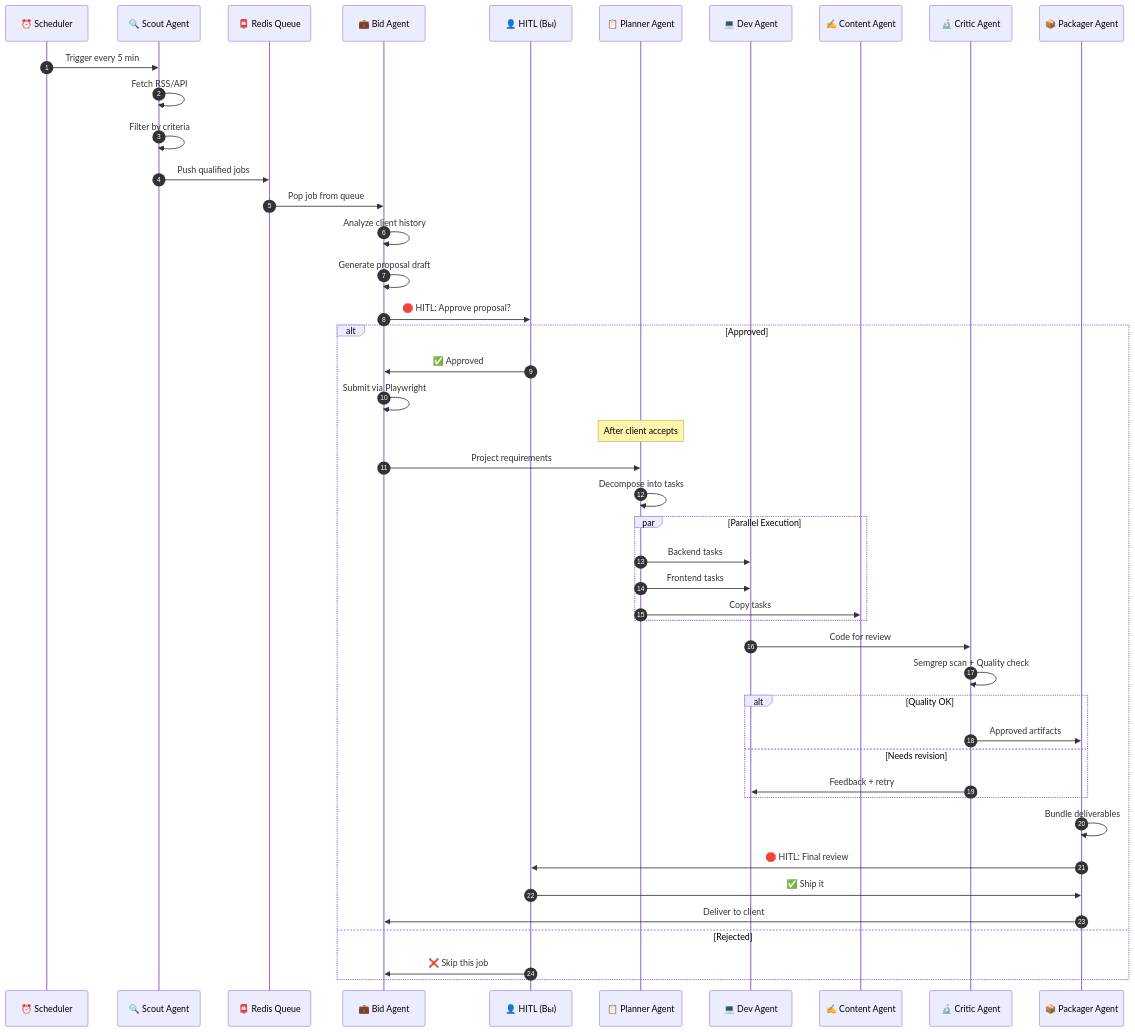
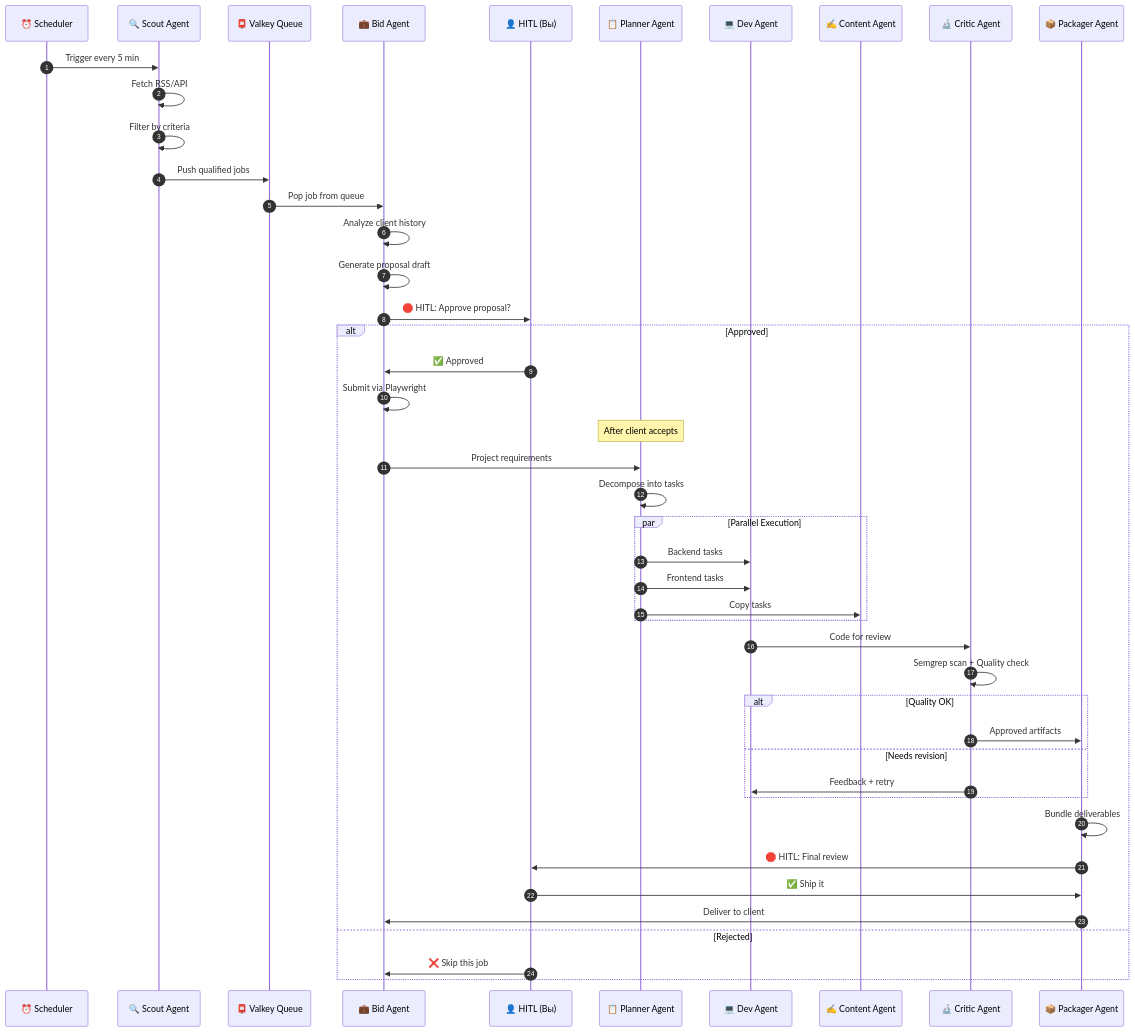
Before and after one commit to laminariia/multi-agent-system: the third of 8 diagrams in technical_implementation_guide.md, drawn with Mermaid. The commit also changed other lines of this file and 137 other files, not shown here.

````diff
--- a/technical_implementation_guide.md
+++ b/technical_implementation_guide.md
@@ -114,55 +114,55 @@
 ```mermaid
 sequenceDiagram
     autonumber
     participant Scheduler as ⏰ Scheduler
     participant Scout as 🔍 Scout Agent
-    participant Redis as 📮 Redis Queue
+    participant Redis as 📮 Valkey Queue
     participant Bid as 💼 Bid Agent
     participant Human as 👤 HITL (Вы)
     participant Planner as 📋 Planner Agent
     participant Dev as 💻 Dev Agent
     participant Content as ✍️ Content Agent
     participant Critic as 🔬 Critic Agent
     participant Packager as 📦 Packager Agent
     
     Scheduler->>Scout: Trigger every 5 min
     Scout->>Scout: Fetch RSS/API
     Scout->>Scout: Filter by criteria
     Scout->>Redis: Push qualified jobs
     
     Redis->>Bid: Pop job from queue
     Bid->>Bid: Analyze client history
     Bid->>Bid: Generate proposal draft
     Bid->>Human: 🛑 HITL: Approve proposal?
     
     alt Approved
         Human->>Bid: ✅ Approved
         Bid->>Bid: Submit via Playwright
         
         Note over Planner: After client accepts
         Bid->>Planner: Project requirements
         Planner->>Planner: Decompose into tasks
         
         par Parallel Execution
             Planner->>Dev: Backend tasks
             Planner->>Dev: Frontend tasks
             Planner->>Content: Copy tasks
         end
         
         Dev->>Critic: Code for review
         Critic->>Critic: Semgrep scan + Quality check
         
         alt Quality OK
             Critic->>Packager: Approved artifacts
         else Needs revision
             Critic->>Dev: Feedback + retry
         end
         
         Packager->>Packager: Bundle deliverables
         Packager->>Human: 🛑 HITL: Final review
         Human->>Packager: ✅ Ship it
         Packager->>Bid: Deliver to client
     else Rejected
         Human->>Bid: ❌ Skip this job
     end
 ```
````
